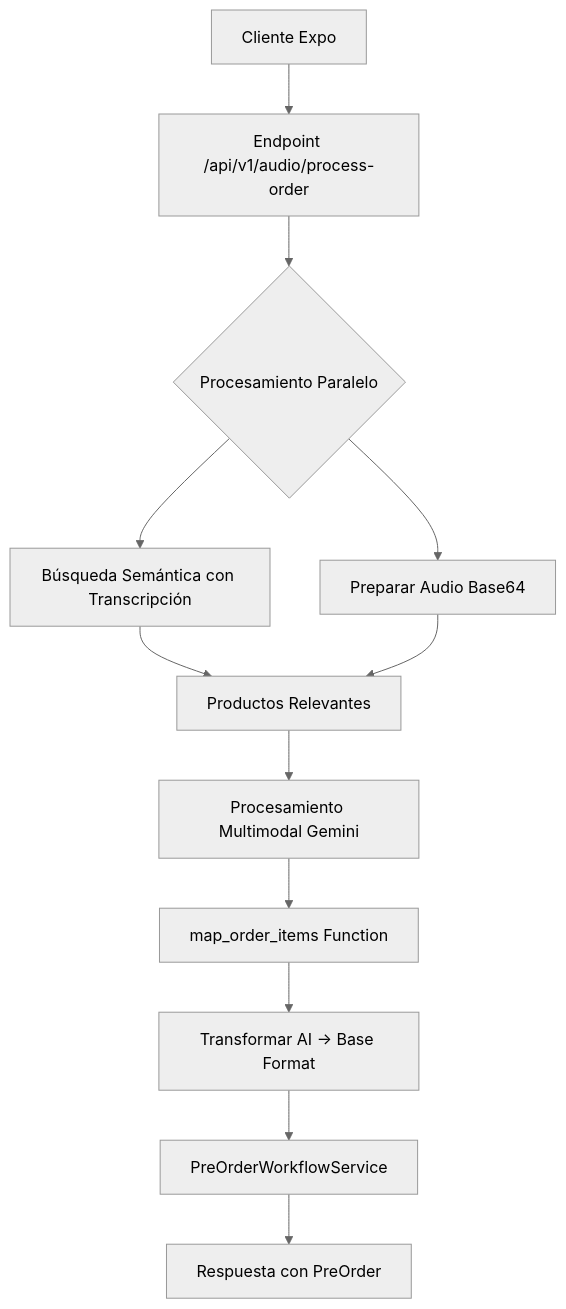
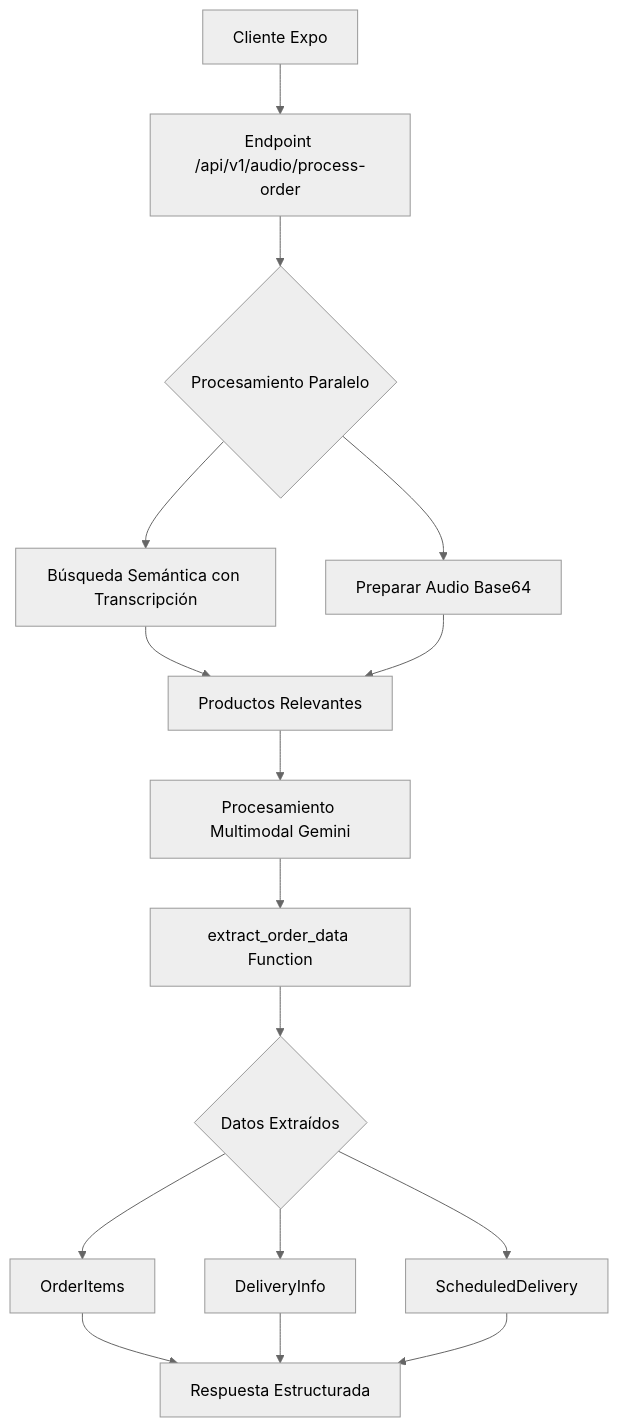
One commit to viefmoon/bot_backend changed the diagram in docs/audio-endpoint-design.md. Above: the diagram before and after it, drawn with Mermaid (neutral theme). The commit also changed other lines of this file and 13 other files, not shown here.

````diff
--- a/docs/audio-endpoint-design.md
+++ b/docs/audio-endpoint-design.md
@@ -53,14 +73,18 @@
 ```mermaid
 graph TD
     A[Cliente Expo] --> B[Endpoint /api/v1/audio/process-order]
     B --> C{Procesamiento Paralelo}
     C --> D[Búsqueda Semántica con Transcripción]
     C --> E[Preparar Audio Base64]
     D --> F[Productos Relevantes]
     E --> F
     F --> G[Procesamiento Multimodal Gemini]
-    G --> H[map_order_items Function]
-    H --> I[Transformar AI → Base Format]
-    I --> J[PreOrderWorkflowService]
-    J --> K[Respuesta con PreOrder]
+    G --> H[extract_order_data Function]
+    H --> I{Datos Extraídos}
+    I --> J[OrderItems]
+    I --> K[DeliveryInfo]
+    I --> L[ScheduledDelivery]
+    J --> M[Respuesta Estructurada]
+    K --> M
+    L --> M
 ```
````
